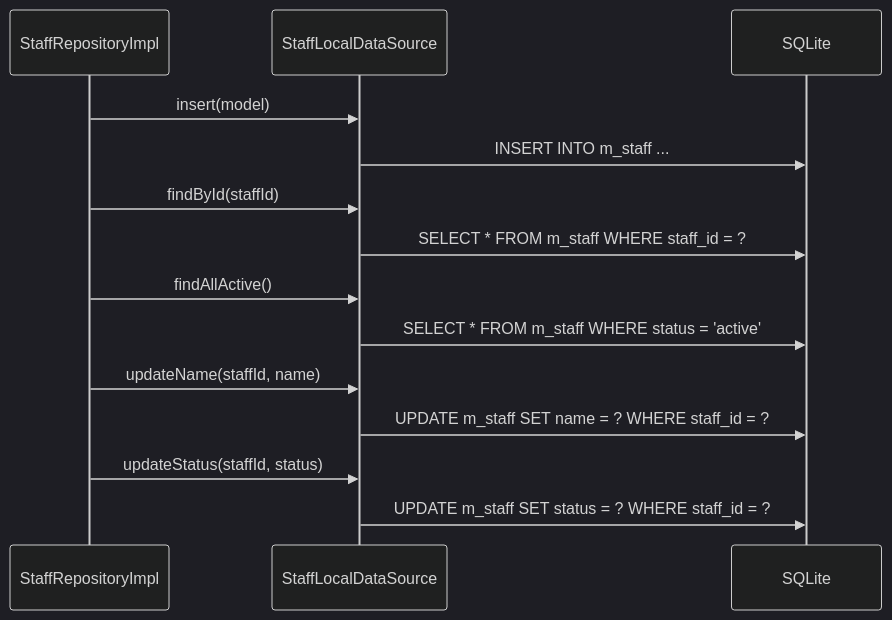
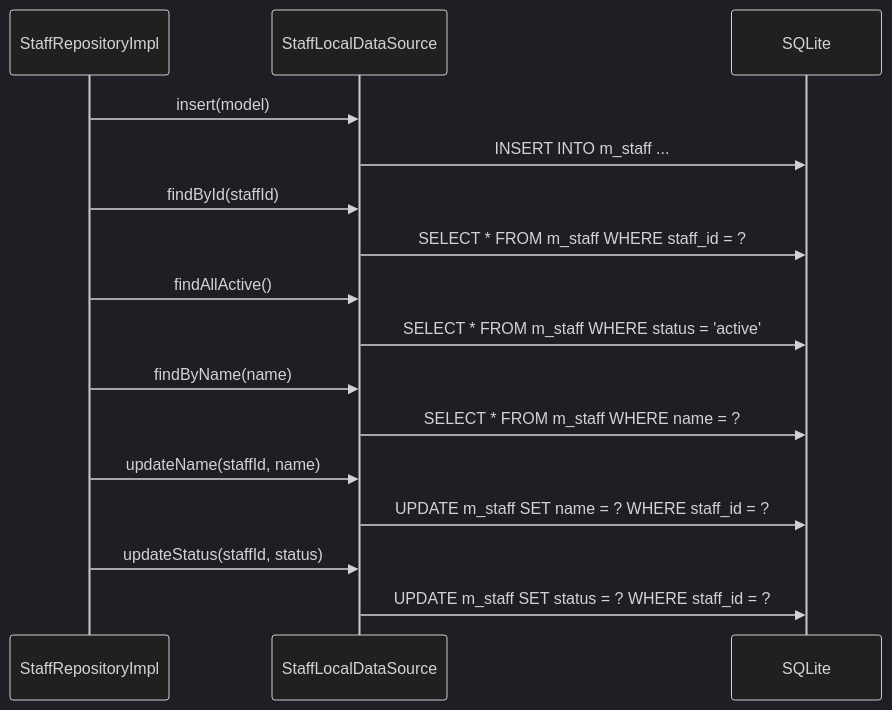
Before and after one commit to MinamiyamaKotaro/m3_pad: the diagram in docs/design/lib/src/features/voucher/data/datasources/staff_local_datasource.md, drawn with Mermaid (dark theme). The commit also changed other lines of this file and 24 other files, not shown here.

````diff
--- a/docs/design/lib/src/features/voucher/data/datasources/staff_local_datasource.md
+++ b/docs/design/lib/src/features/voucher/data/datasources/staff_local_datasource.md
@@ -14,17 +15,19 @@
 ```mermaid
 sequenceDiagram
     participant R as StaffRepositoryImpl
     participant D as StaffLocalDataSource
     participant DB as SQLite
 
     R->>D: insert(model)
     D->>DB: INSERT INTO m_staff ...
     R->>D: findById(staffId)
     D->>DB: SELECT * FROM m_staff WHERE staff_id = ?
     R->>D: findAllActive()
     D->>DB: SELECT * FROM m_staff WHERE status = 'active'
+    R->>D: findByName(name)
+    D->>DB: SELECT * FROM m_staff WHERE name = ?
     R->>D: updateName(staffId, name)
     D->>DB: UPDATE m_staff SET name = ? WHERE staff_id = ?
     R->>D: updateStatus(staffId, status)
     D->>DB: UPDATE m_staff SET status = ? WHERE staff_id = ?
 ```
````
